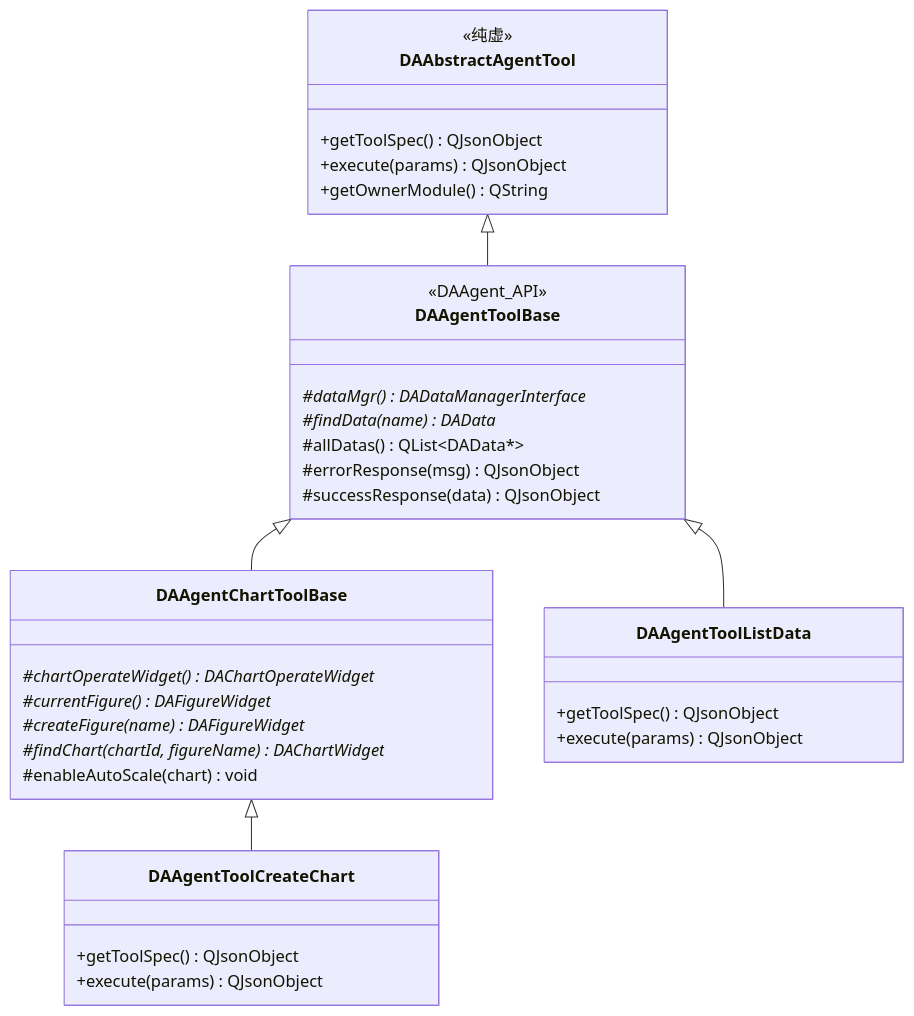
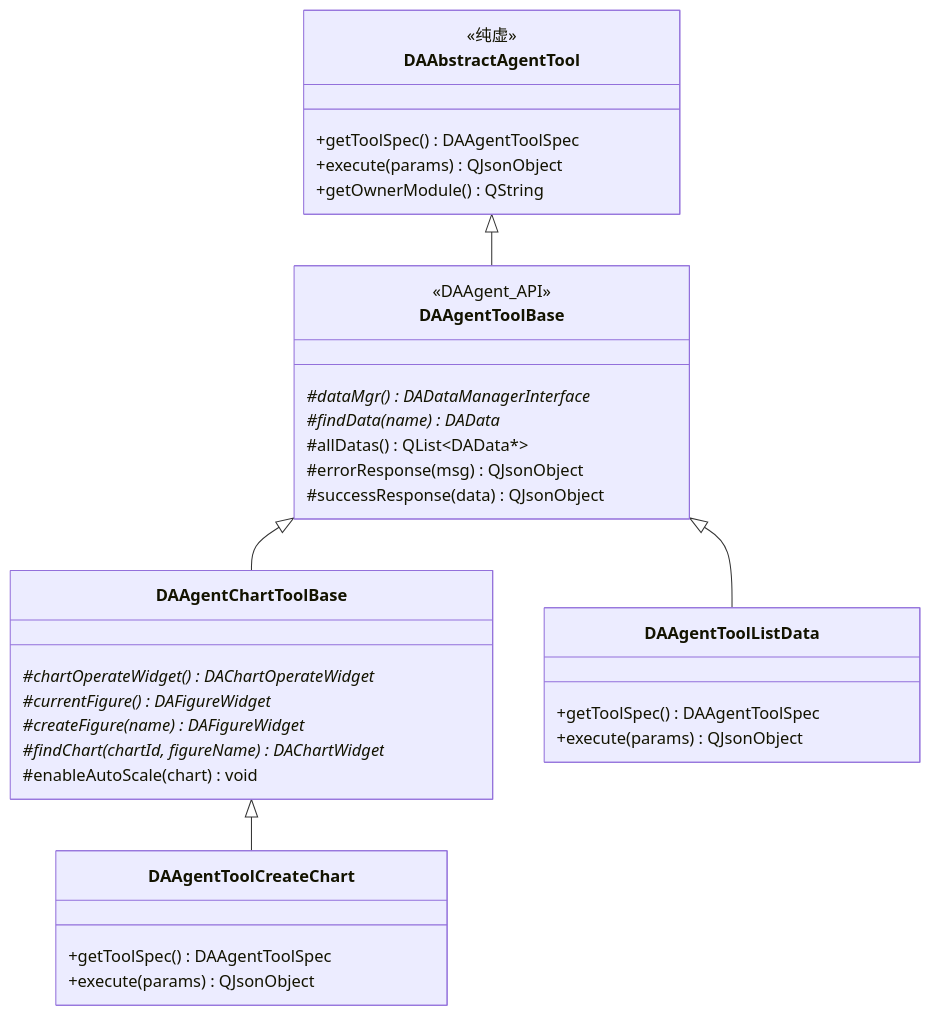
The first of 2 diagrams in docs/zh/dev-guide/agent/tool-development.md (czyt1988/data-workbench), drawn with Mermaid before and after one commit. The commit also changed other lines of this file and 55 other files, not shown here.

First line of the commit message:
重构: 工具规格结构化——getToolSpec 返回 DAAgentToolSpec，registerTool 改 bool 校验

````diff
--- a/docs/zh/dev-guide/agent/tool-development.md
+++ b/docs/zh/dev-guide/agent/tool-development.md
@@ -9,41 +9,41 @@
 ```mermaid
 classDiagram
     class DAAbstractAgentTool {
         <<纯虚>>
-        +getToolSpec() QJsonObject
+        +getToolSpec() DAAgentToolSpec
         +execute(params) QJsonObject
         +getOwnerModule() QString
     }
 
     class DAAgentToolBase {
         <<DAAgent_API>>
         #dataMgr() DADataManagerInterface*
         #findData(name) DAData*
         #allDatas() QList~DAData*~
         #errorResponse(msg) QJsonObject
         #successResponse(data) QJsonObject
     }
 
     class DAAgentChartToolBase {
         #chartOperateWidget() DAChartOperateWidget*
         #currentFigure() DAFigureWidget*
         #createFigure(name) DAFigureWidget*
         #findChart(chartId, figureName) DAChartWidget*
         #enableAutoScale(chart) void
     }
 
     class DAAgentToolListData {
-        +getToolSpec() QJsonObject
+        +getToolSpec() DAAgentToolSpec
         +execute(params) QJsonObject
     }
 
     class DAAgentToolCreateChart {
-        +getToolSpec() QJsonObject
+        +getToolSpec() DAAgentToolSpec
         +execute(params) QJsonObject
     }
 
     DAAbstractAgentTool <|-- DAAgentToolBase
     DAAgentToolBase <|-- DAAgentChartToolBase
     DAAgentToolBase <|-- DAAgentToolListData
     DAAgentChartToolBase <|-- DAAgentToolCreateChart
 ```
````
